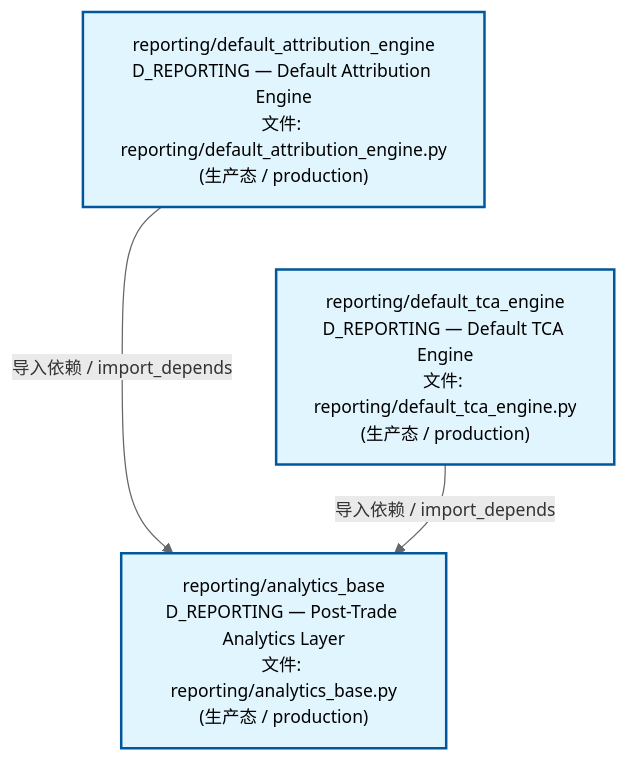
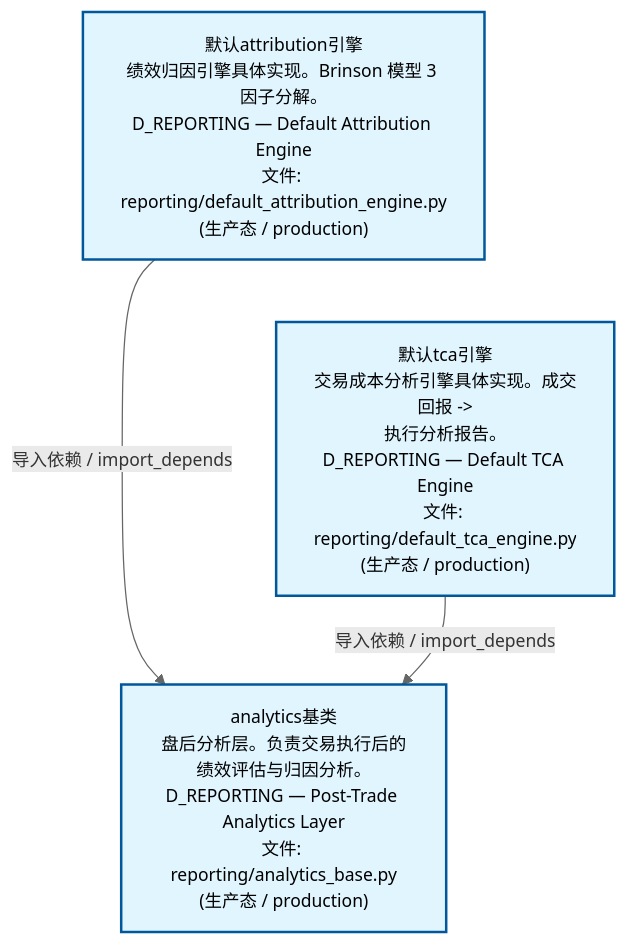
Before and after one commit to xuanFelixVan/ZephyrAlpha: the second of 4 diagrams in docs/02_enterprise_architecture/02_domain_architecture_docs/26_d_reporting.md, drawn with Mermaid. The commit also changed other lines of this file and 54 other files, not shown here.

````diff
--- a/docs/02_enterprise_architecture/02_domain_architecture_docs/26_d_reporting.md
+++ b/docs/02_enterprise_architecture/02_domain_architecture_docs/26_d_reporting.md
@@ -117,15 +117,15 @@
 ```mermaid
 %%{init: {'theme': 'base', 'themeVariables': {'primaryColor': '#eaeaea', 'primaryTextColor': '#333333', 'primaryBorderColor': '#666666', 'lineColor': '#666666', 'secondaryColor': '#eaeaea', 'tertiaryColor': '#eaeaea', 'fontSize': '14px'}}}%%
 flowchart TD
-    src_zephyr_reporting_default_attribution_engine_py["reporting/default_attribution_engine<br/>D_REPORTING — Default Attribution Engine<br/>文件: reporting/default_attribution_engine.py<br/>(生产态 / production)"]
-    src_zephyr_reporting_default_tca_engine_py["reporting/default_tca_engine<br/>D_REPORTING — Default TCA Engine<br/>文件: reporting/default_tca_engine.py<br/>(生产态 / production)"]
+    src_zephyr_reporting_default_attribution_engine_py["默认attribution引擎<br/>绩效归因引擎具体实现。Brinson 模型 3 因子分解。<br/>D_REPORTING — Default Attribution Engine<br/>文件: reporting/default_attribution_engine.py<br/>(生产态 / production)"]
+    src_zephyr_reporting_default_tca_engine_py["默认tca引擎<br/>交易成本分析引擎具体实现。成交回报 -><br/>执行分析报告。<br/>D_REPORTING — Default TCA Engine<br/>文件: reporting/default_tca_engine.py<br/>(生产态 / production)"]
     src_zephyr_reporting_default_attribution_engine_py ~~~ src_zephyr_reporting_default_tca_engine_py
-    src_zephyr_reporting_analytics_base_py["reporting/analytics_base<br/>D_REPORTING — Post-Trade Analytics Layer<br/>文件: reporting/analytics_base.py<br/>(生产态 / production)"]
+    src_zephyr_reporting_analytics_base_py["analytics基类<br/>盘后分析层。负责交易执行后的绩效评估与归因分析。<br/>D_REPORTING — Post-Trade Analytics Layer<br/>文件: reporting/analytics_base.py<br/>(生产态 / production)"]
     src_zephyr_reporting_default_attribution_engine_py -->|导入依赖 / import_depends| src_zephyr_reporting_analytics_base_py
     src_zephyr_reporting_default_tca_engine_py -->|导入依赖 / import_depends| src_zephyr_reporting_analytics_base_py
     classDef production fill:#e1f5fe,stroke:#01579b,stroke-width:2px,color:#000
     classDef design fill:#fff3e0,stroke:#e65100,stroke-width:2px,color:#000,stroke-dasharray: 5 5
     classDef external_prod fill:#e8f4fd,stroke:#0277bd,stroke-width:1px,color:#000
     classDef external_design fill:#fff8e7,stroke:#ef6c00,stroke-width:1px,color:#000,stroke-dasharray: 5 5
     class src_zephyr_reporting_analytics_base_py,src_zephyr_reporting_default_attribution_engine_py,src_zephyr_reporting_default_tca_engine_py production
 ```
````
